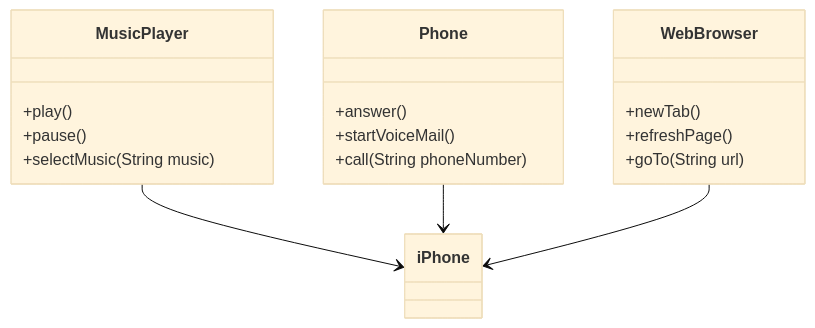
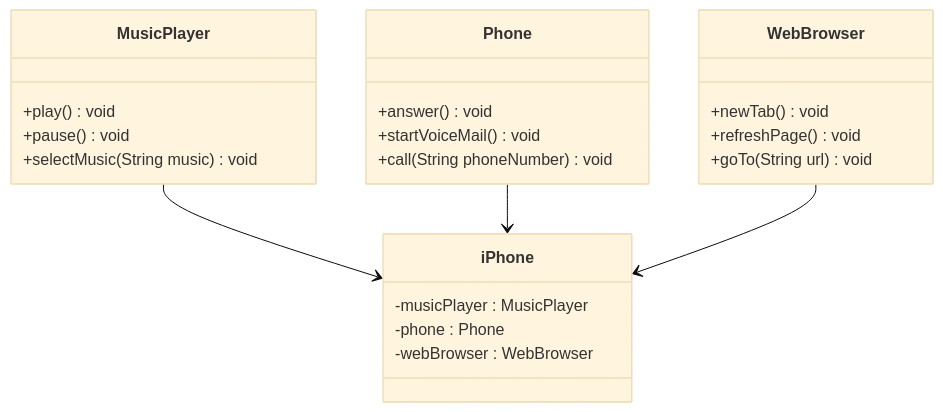
Before and after one commit to 8bitdev256/dio-iphone-uml-challenge: the diagram in UML.md, drawn with Mermaid (base theme).

Commit message:
REFACTOR: Update UML.md

````diff
--- a/UML.md
+++ b/UML.md
@@ -3,27 +3,30 @@
 ```mermaid
 classDiagram
     class MusicPlayer {
-        +play()
-        +pause()
-        +selectMusic(String music)
+        +play() void
+        +pause() void
+        +selectMusic(String music) void
     }
 
     class Phone {
-        +answer()
-        +startVoiceMail()
-        +call(String phoneNumber)
+        +answer() void
+        +startVoiceMail() void
+        +call(String phoneNumber) void
     }
 
     class WebBrowser {
-        +newTab()
-        +refreshPage()
-        +goTo(String url)
+        +newTab() void
+        +refreshPage() void
+        +goTo(String url) void
     }
 
     class iPhone {
+        -musicPlayer : MusicPlayer
+        -phone : Phone
+        -webBrowser : WebBrowser
     }
 
     MusicPlayer --> iPhone
     Phone --> iPhone
     WebBrowser --> iPhone
 ```
````
